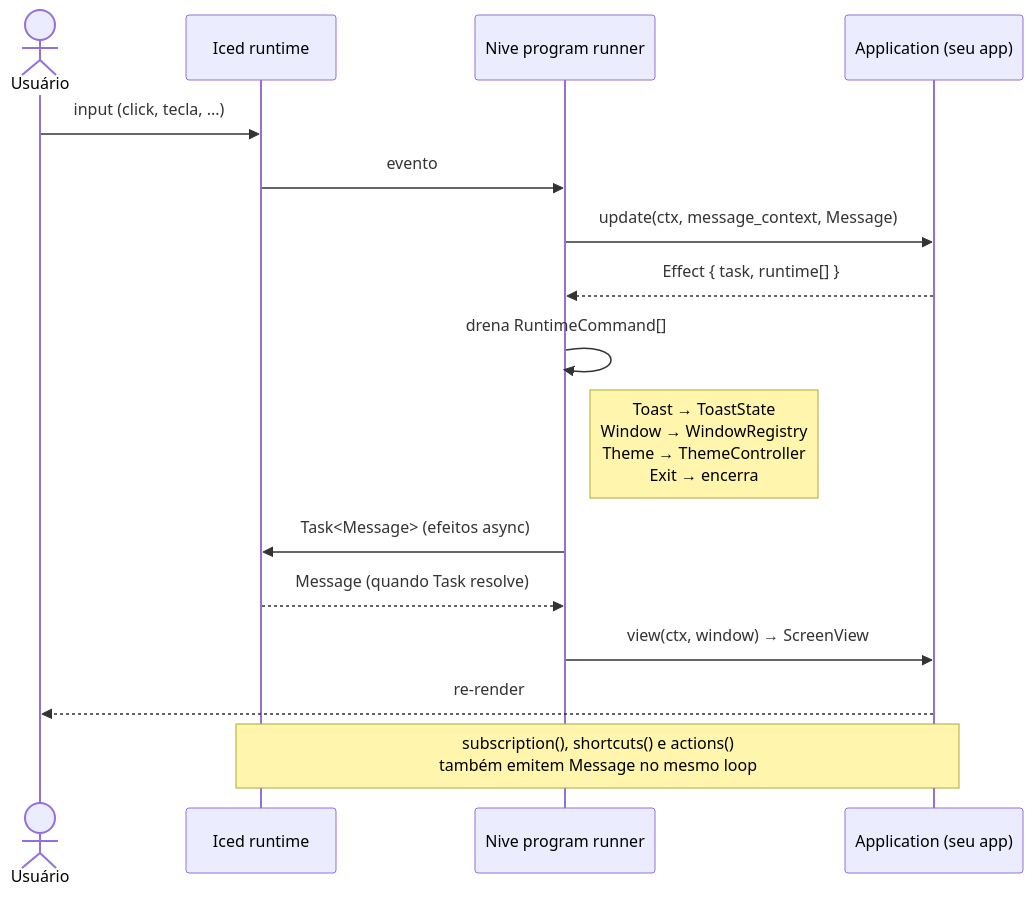
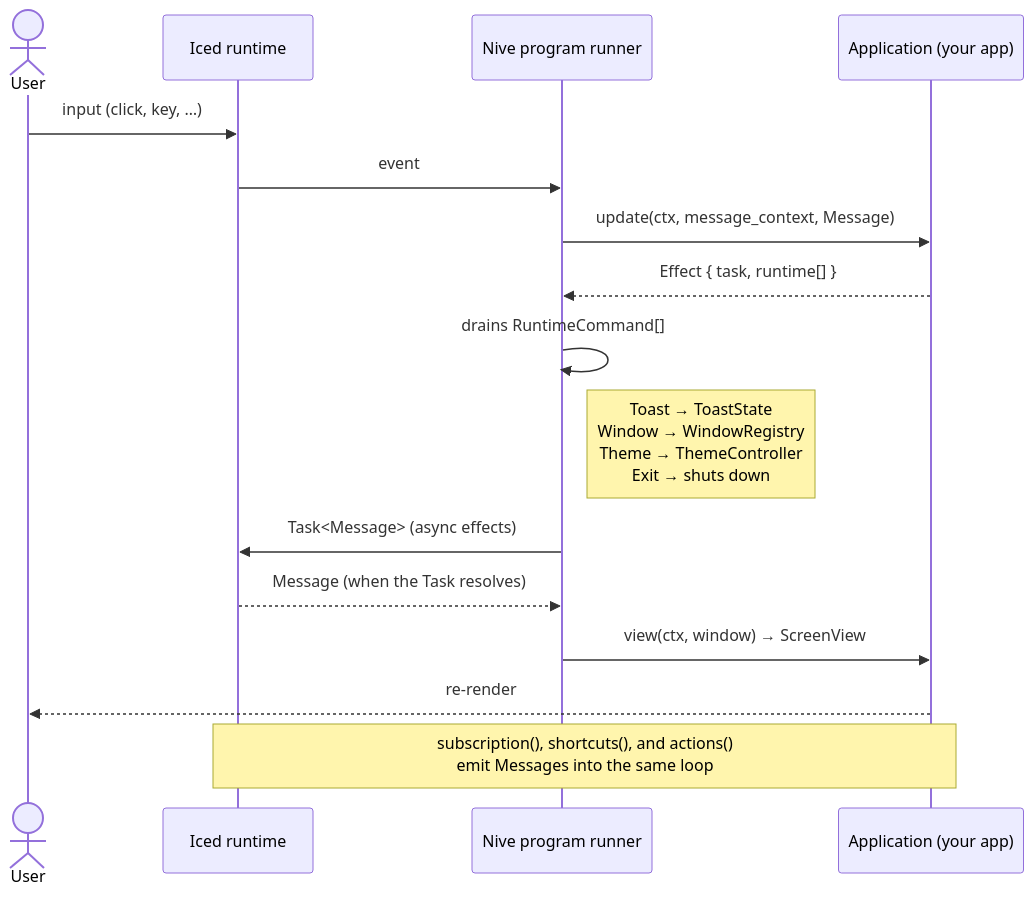
Before and after one commit to JirlanSouza/nive: the first of 8 diagrams in docs/architecture/runtime-flows.md, drawn with Mermaid. The commit also changed other lines of this file and 15 other files, not shown here.

````diff
--- a/docs/architecture/runtime-flows.md
+++ b/docs/architecture/runtime-flows.md
@@ -14,20 +14,20 @@
 ```mermaid
 sequenceDiagram
-    actor User as Usuário
+    actor User
     participant Iced as Iced runtime
     participant Runner as Nive program runner
-    participant App as Application (seu app)
+    participant App as Application (your app)
 
-    User->>Iced: input (click, tecla, ...)
-    Iced->>Runner: evento
+    User->>Iced: input (click, key, …)
+    Iced->>Runner: event
     Runner->>App: update(ctx, message_context, Message)
     App-->>Runner: Effect { task, runtime[] }
-    Runner->>Runner: drena RuntimeCommand[]
-    Note right of Runner: Toast → ToastState<br/>Window → WindowRegistry<br/>Theme → ThemeController<br/>Exit → encerra
-    Runner->>Iced: Task<Message> (efeitos async)
-    Iced-->>Runner: Message (quando Task resolve)
+    Runner->>Runner: drains RuntimeCommand[]
+    Note right of Runner: Toast → ToastState<br/>Window → WindowRegistry<br/>Theme → ThemeController<br/>Exit → shuts down
+    Runner->>Iced: Task<Message> (async effects)
+    Iced-->>Runner: Message (when the Task resolves)
     Runner->>App: view(ctx, window) → ScreenView
     App-->>User: re-render
 
-    Note over Iced,App: subscription(), shortcuts() e actions()<br/>também emitem Message no mesmo loop
+    Note over Iced,App: subscription(), shortcuts(), and actions()<br/>emit Messages into the same loop
 ```
````
